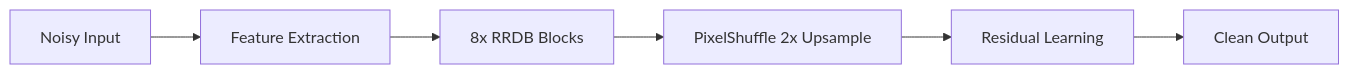
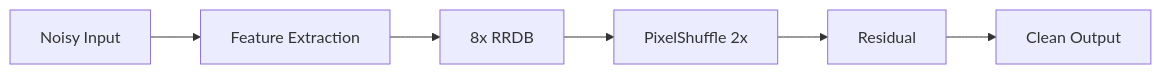
Before and after one commit to Codiosityy/ForsakenApex: the first of 2 diagrams in README.md, drawn with Mermaid. The commit also changed other lines of this file, not shown here.

Commit message:
Simplify Mermaid diagrams for cleaner rendering

````diff
--- a/README.md
+++ b/README.md
@@ -55,8 +53,4 @@
 ```mermaid
 flowchart LR
-    A[Noisy Input] --> B[Feature Extraction]
-    B --> C[8x RRDB Blocks]
-    C --> D[PixelShuffle 2x Upsample]
-    D --> E[Residual Learning]
-    E --> F[Clean Output]
+    A[Noisy Input] --> B[Feature Extraction] --> C[8x RRDB] --> D[PixelShuffle 2x] --> E[Residual] --> F[Clean Output]
 ```
````
